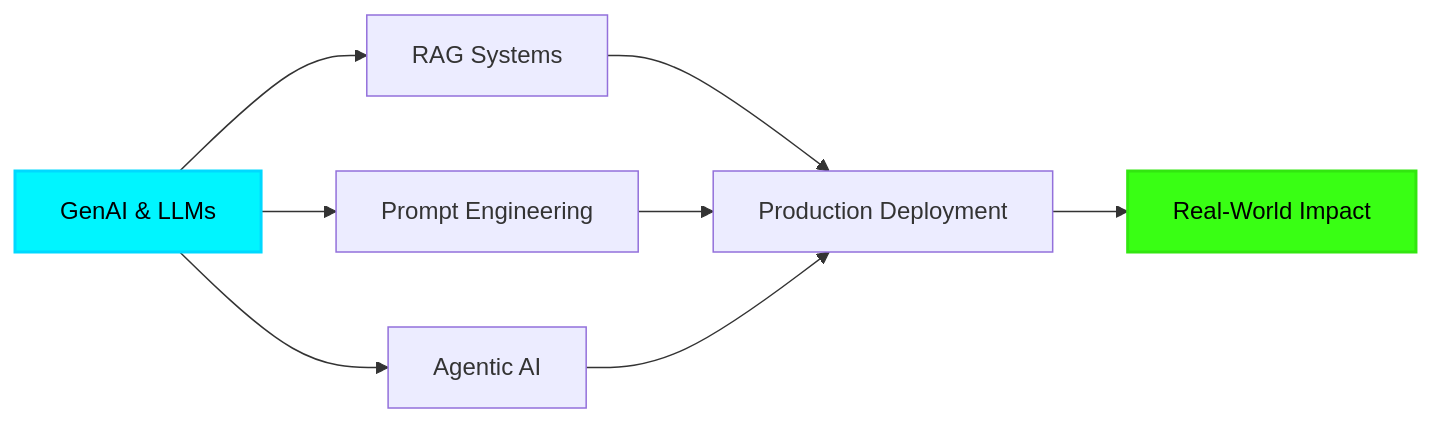
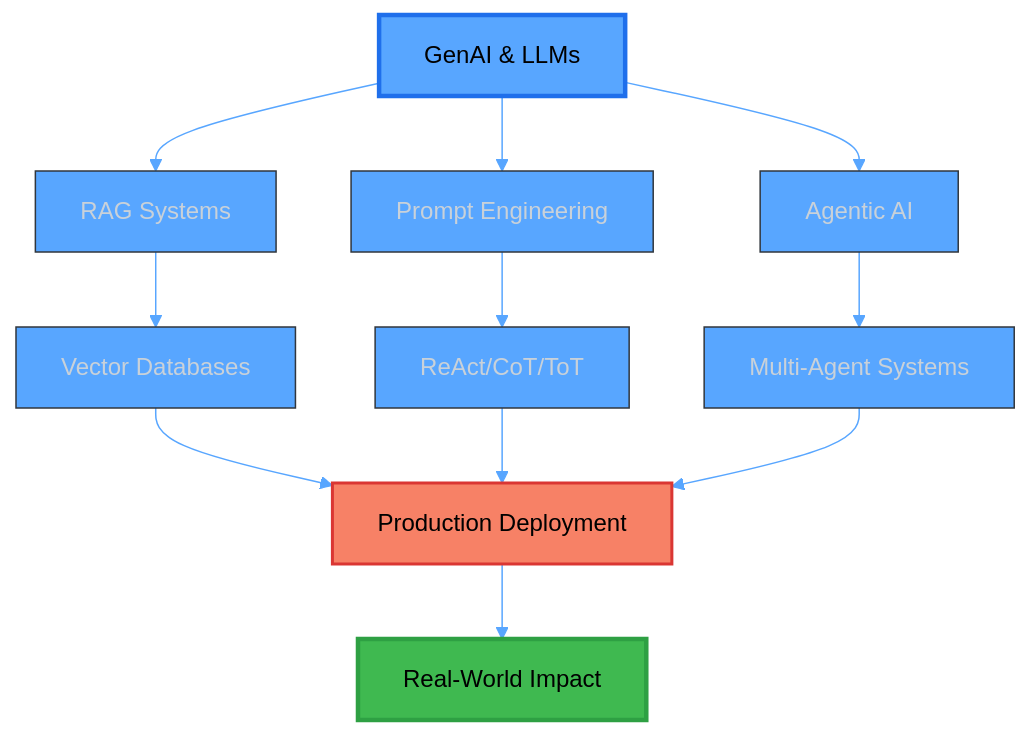
The diagram in README.md (siranjeevi2001/siranjeevi2001), drawn with Mermaid before and after one commit. The commit also changed other lines of this file, not shown here.

````diff
--- a/README.md
+++ b/README.md
@@ -243,13 +375,18 @@
 ```mermaid
-graph LR
+%%{init: {'theme':'base', 'themeVariables': { 'primaryColor':'#58A6FF','primaryTextColor':'#C9D1D9','primaryBorderColor':'#30363D','lineColor':'#58A6FF','secondaryColor':'#161B22','tertiaryColor':'#0D1117'}}}%%
+graph TB
     A[GenAI & LLMs] --> B[RAG Systems]
     A --> C[Prompt Engineering]
     A --> D[Agentic AI]
-    B --> E[Production Deployment]
-    C --> E
-    D --> E
-    E --> F[Real-World Impact]
+    B --> E[Vector Databases]
+    C --> F[ReAct/CoT/ToT]
+    D --> G[Multi-Agent Systems]
+    E --> H[Production Deployment]
+    F --> H
+    G --> H
+    H --> I[Real-World Impact]
     
-    style A fill:#00F5FF,stroke:#00D9FF,stroke-width:2px,color:#000
-    style F fill:#39FF14,stroke:#32E610,stroke-width:2px,color:#000
+    style A fill:#58A6FF,stroke:#1F6FEB,stroke-width:3px,color:#000
+    style I fill:#3FB950,stroke:#2EA043,stroke-width:3px,color:#000
+    style H fill:#F78166,stroke:#DA3633,stroke-width:2px,color:#000
 ```
````
